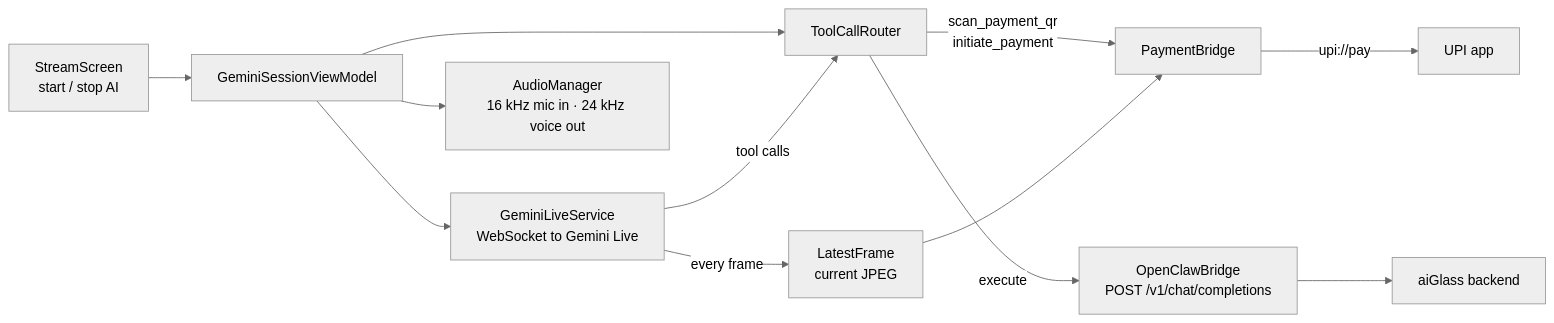
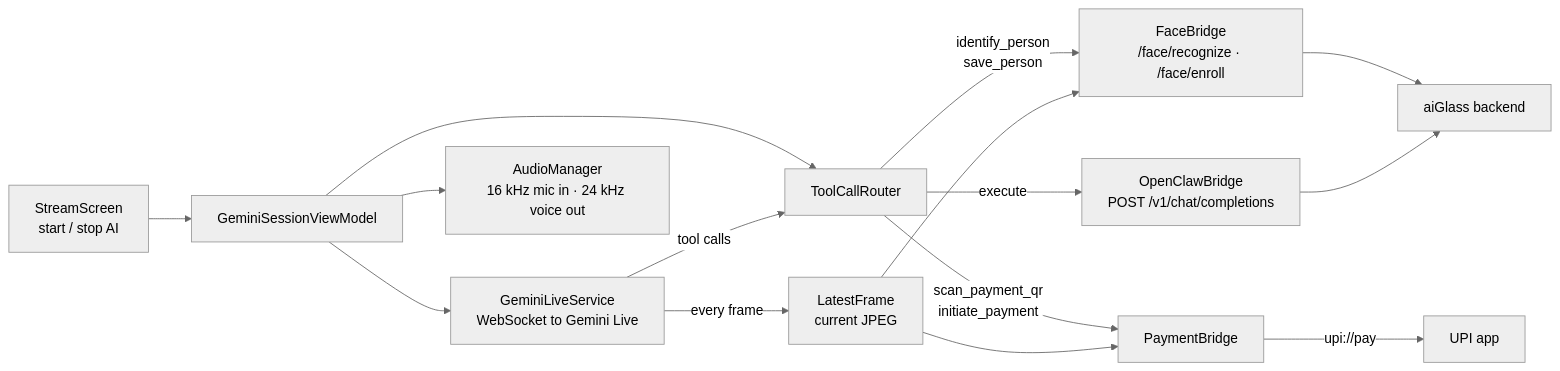
The first of 2 diagrams in android/README.md (CTAGRAM/aiglass), drawn with Mermaid (neutral theme) before and after one commit. The commit also changed other lines of this file and 71 other files, not shown here.

````diff
--- a/android/README.md
+++ b/android/README.md
@@ -12,14 +12,17 @@
 ```mermaid
 flowchart LR
     UI["StreamScreen<br/>start / stop AI"] --> VM["GeminiSessionViewModel"]
     VM --> LIVE["GeminiLiveService<br/>WebSocket to Gemini Live"]
     VM --> AUD["AudioManager<br/>16 kHz mic in · 24 kHz voice out"]
     VM --> TR["ToolCallRouter"]
     LIVE -- "every frame" --> LF["LatestFrame<br/>current JPEG"]
     LIVE -- "tool calls" --> TR
     TR -- "execute" --> OCB["OpenClawBridge<br/>POST /v1/chat/completions"]
     TR -- "scan_payment_qr<br/>initiate_payment" --> PB["PaymentBridge"]
+    TR -- "identify_person<br/>save_person" --> FB["FaceBridge<br/>/face/recognize · /face/enroll"]
+    LF --> FB
+    FB --> BE
     LF --> PB
     PB -- "upi://pay" --> UPI["UPI app"]
     OCB --> BE["aiGlass backend"]
 ```
````
